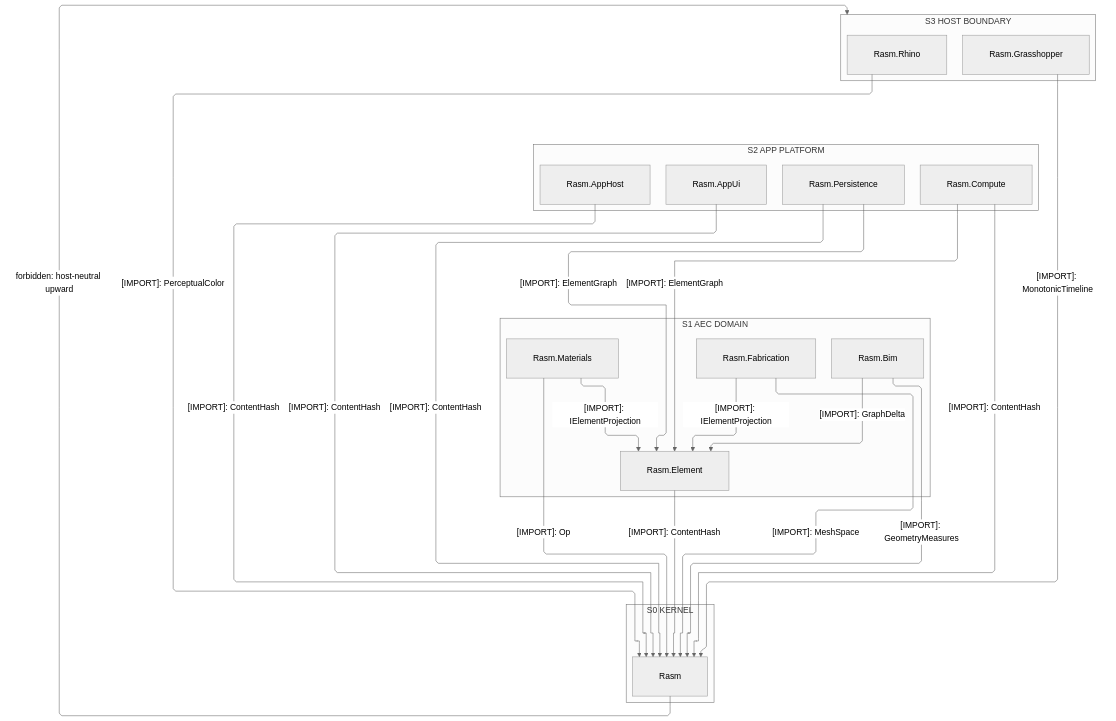
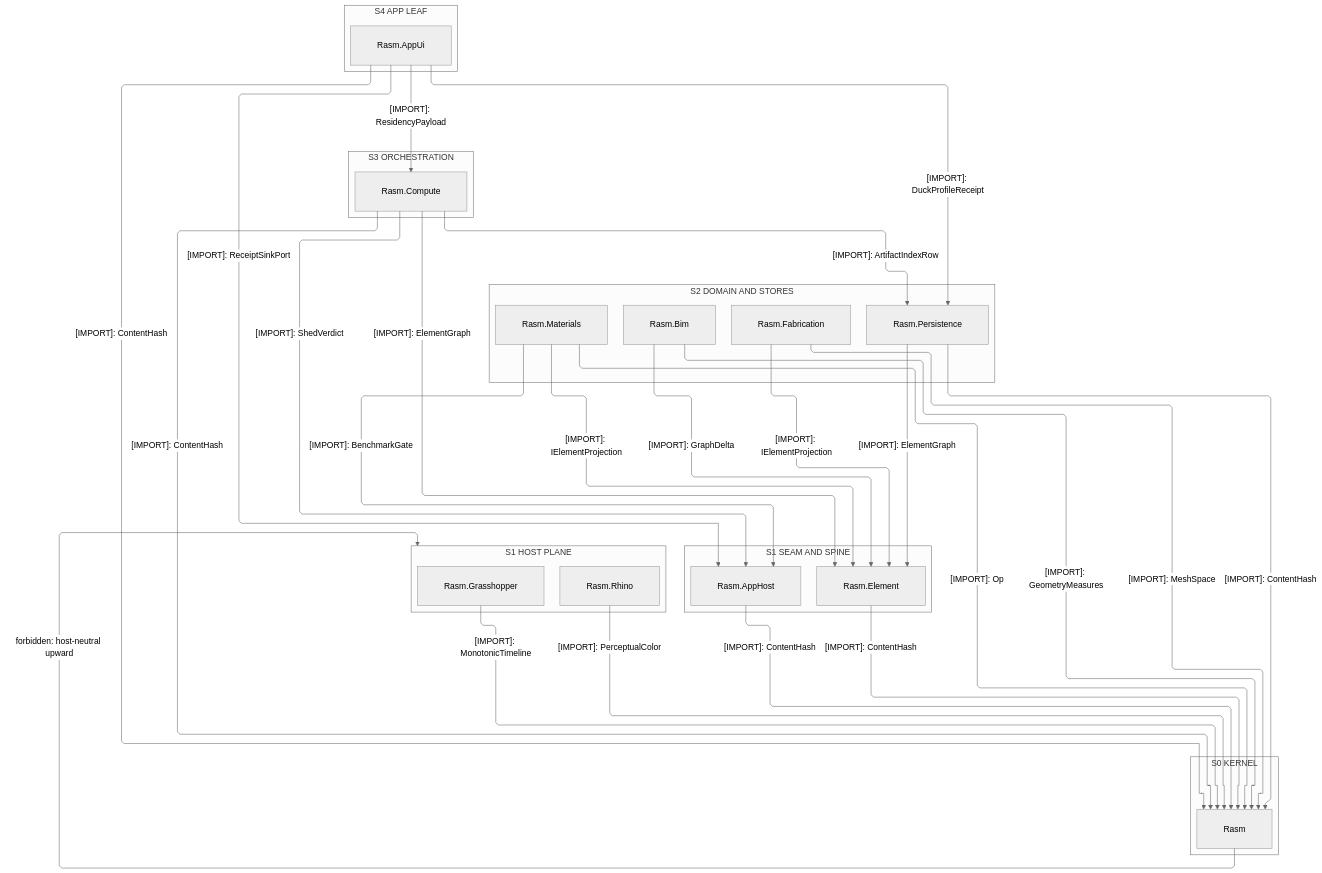
Before and after one commit to bsamiee/Rasm: the first of 5 diagrams in libs/csharp/.planning/ARCHITECTURE.md, drawn with Mermaid (neutral theme). The commit also changed other lines of this file and 486 other files, not shown here.

````diff
--- a/libs/csharp/.planning/ARCHITECTURE.md
+++ b/libs/csharp/.planning/ARCHITECTURE.md
@@ -38,51 +46,57 @@
 ```mermaid
 ---
 config:
   layout: elk
   flowchart:
     curve: linear
     padding: 25
 ---
 flowchart TB
-    accTitle: C# branch package import strata
-    accDescr: Four stacked strata from the host boundary through the app platform and the AEC domain onto the kernel — every reference edge downward and solid, labeled edges naming one sourced type, the host boundary skipping straight to the kernel, and one forbidden host-neutral upward edge.
-    subgraph S3["S3 HOST BOUNDARY"]
+    accTitle: C# branch package reference strata
+    accDescr: Five host-neutral ranks from the app-platform leaf down to the kernel beside a plane-distinct host boundary at the seam rank — every reference edge downward and solid, labeled edges naming one sourced type, no edge inside any rank, and one forbidden host-neutral upward edge.
+    subgraph S4["S4 APP LEAF"]
+        AppUi[Rasm.AppUi]
+    end
+    subgraph S3["S3 ORCHESTRATION"]
+        Compute[Rasm.Compute]
+    end
+    subgraph S2["S2 DOMAIN AND STORES"]
+        Bim[Rasm.Bim]
+        Materials[Rasm.Materials]
+        Fabrication[Rasm.Fabrication]
+        Persistence[Rasm.Persistence]
+    end
+    subgraph S1["S1 SEAM AND SPINE"]
+        Element[Rasm.Element]
+        AppHost[Rasm.AppHost]
+    end
+    subgraph HOST["S1 HOST PLANE"]
         Rhino[Rasm.Rhino]
         Grasshopper[Rasm.Grasshopper]
-    end
-    subgraph S2["S2 APP PLATFORM"]
-        Persistence[Rasm.Persistence]
-        Compute[Rasm.Compute]
-        AppHost[Rasm.AppHost]
-        AppUi[Rasm.AppUi]
-    end
-    subgraph S1["S1 AEC DOMAIN"]
-        Bim[Rasm.Bim]
-        Element[Rasm.Element]
-        Materials[Rasm.Materials]
-        Fabrication[Rasm.Fabrication]
     end
     subgraph S0["S0 KERNEL"]
         Rasm[Rasm]
     end
-    Rhino ~~~ AppHost
-    Rhino ~~~ AppUi
-    Grasshopper ~~~ Compute
-    Grasshopper ~~~ Persistence
     Rhino -->|"[IMPORT]: PerceptualColor"| Rasm
     Grasshopper -->|"[IMPORT]: MonotonicTimeline"| Rasm
+    Element -->|"[IMPORT]: ContentHash"| Rasm
     AppHost -->|"[IMPORT]: ContentHash"| Rasm
     Persistence -->|"[IMPORT]: ElementGraph"| Element
     Persistence -->|"[IMPORT]: ContentHash"| Rasm
-    Compute -->|"[IMPORT]: ElementGraph"| Element
-    Compute -->|"[IMPORT]: ContentHash"| Rasm
-    AppUi -->|"[IMPORT]: ContentHash"| Rasm
     Materials -->|"[IMPORT]: IElementProjection"| Element
     Materials -->|"[IMPORT]: Op"| Rasm
+    Materials -->|"[IMPORT]: BenchmarkGate"| AppHost
     Bim -->|"[IMPORT]: GraphDelta"| Element
     Bim -->|"[IMPORT]: GeometryMeasures"| Rasm
     Fabrication -->|"[IMPORT]: IElementProjection"| Element
     Fabrication -->|"[IMPORT]: MeshSpace"| Rasm
-    Element -->|"[IMPORT]: ContentHash"| Rasm
-    Rasm -->|"forbidden: host-neutral upward"| S3
+    Compute -->|"[IMPORT]: ElementGraph"| Element
+    Compute -->|"[IMPORT]: ContentHash"| Rasm
+    Compute -->|"[IMPORT]: ShedVerdict"| AppHost
+    Compute -->|"[IMPORT]: ArtifactIndexRow"| Persistence
+    AppUi -->|"[IMPORT]: ContentHash"| Rasm
+    AppUi -->|"[IMPORT]: ReceiptSinkPort"| AppHost
+    AppUi -->|"[IMPORT]: ResidencyPayload"| Compute
+    AppUi -->|"[IMPORT]: DuckProfileReceipt"| Persistence
+    Rasm -->|"forbidden: host-neutral upward"| HOST
 ```
````
